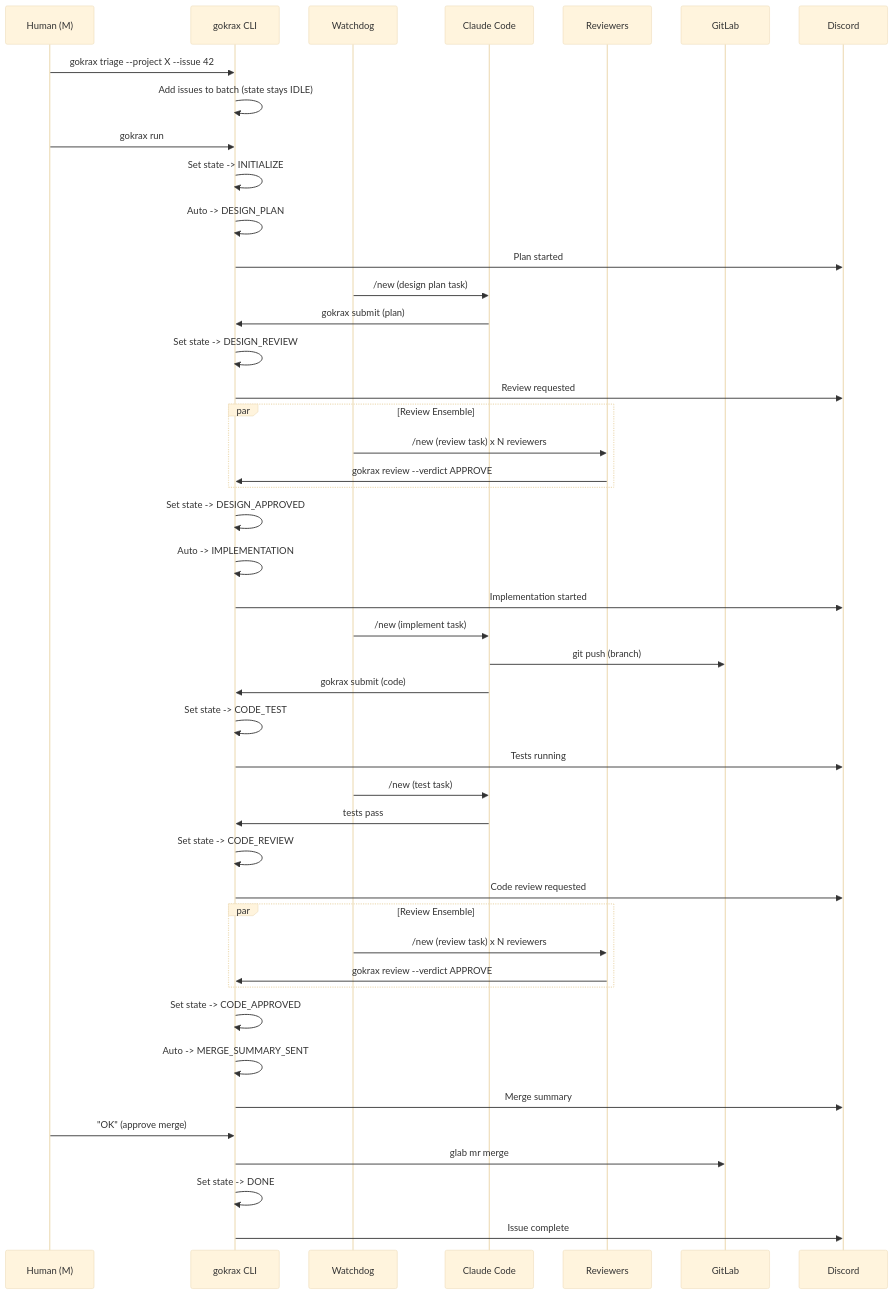
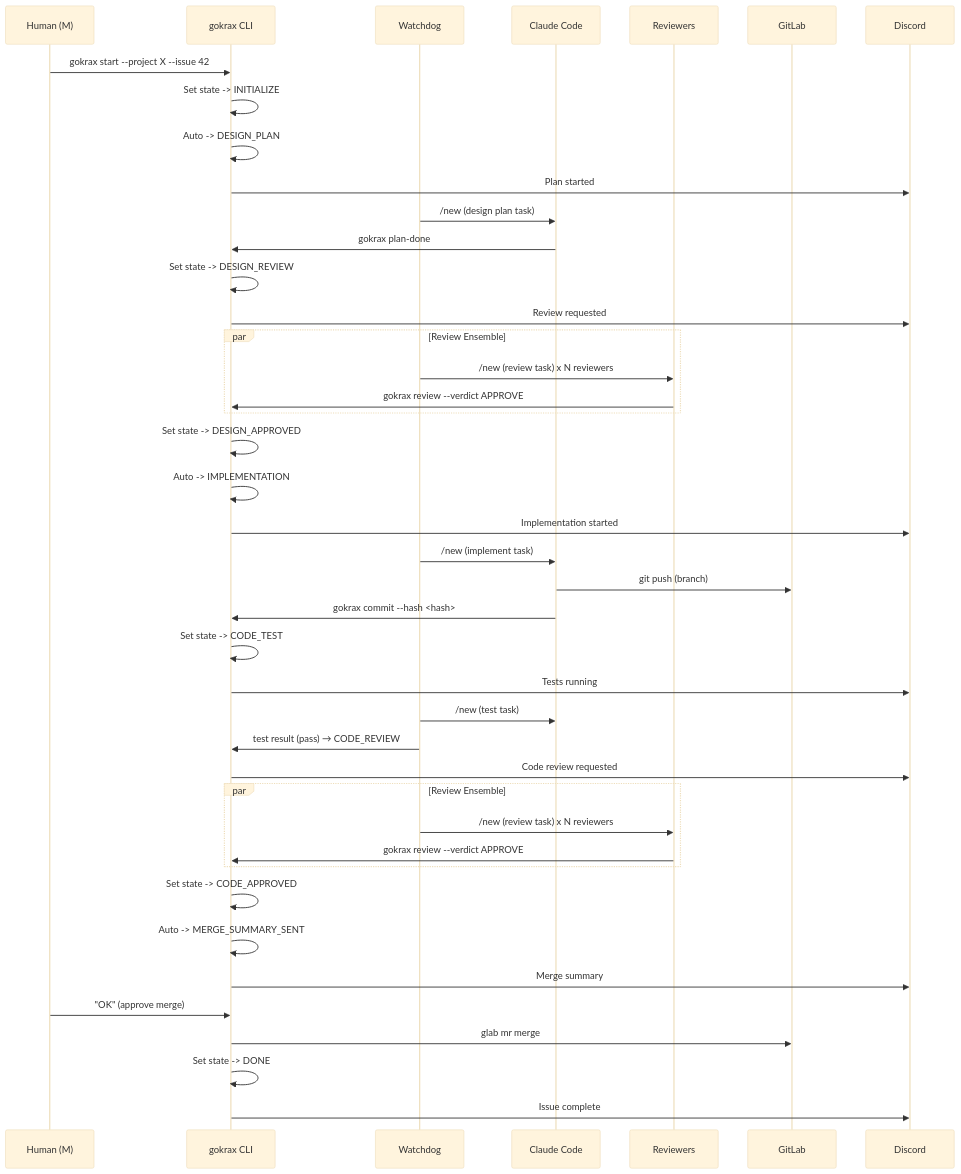
One commit to atakalive/gokrax changed the fifth of 6 diagrams in docs/architecture.md. Above: the diagram before and after it, drawn with Mermaid (base theme). The commit also changed other lines of this file, not shown here.

First line of the commit message:
docs: fix architecture.md inaccuracies + add spec mode section. Closes #159

````diff
--- a/docs/architecture.md
+++ b/docs/architecture.md
@@ -192,52 +192,49 @@
 ```mermaid
 sequenceDiagram
     participant M as Human (M)
     participant DB as gokrax CLI
     participant WD as Watchdog
     participant CC as Claude Code
     participant RV as Reviewers
     participant GL as GitLab
     participant DC as Discord
 
-    M->>DB: gokrax triage --project X --issue 42
-    DB->>DB: Add issues to batch (state stays IDLE)
-    M->>DB: gokrax run
+    M->>DB: gokrax start --project X --issue 42
     DB->>DB: Set state -> INITIALIZE
     DB->>DB: Auto -> DESIGN_PLAN
     DB->>DC: Plan started
     WD->>CC: /new (design plan task)
-    CC->>DB: gokrax submit (plan)
+    CC->>DB: gokrax plan-done
     DB->>DB: Set state -> DESIGN_REVIEW
     DB->>DC: Review requested
 
     par Review Ensemble
         WD->>RV: /new (review task) x N reviewers
         RV->>DB: gokrax review --verdict APPROVE
     end
 
     DB->>DB: Set state -> DESIGN_APPROVED
     DB->>DB: Auto -> IMPLEMENTATION
     DB->>DC: Implementation started
     WD->>CC: /new (implement task)
     CC->>GL: git push (branch)
-    CC->>DB: gokrax submit (code)
+    CC->>DB: gokrax commit --hash <hash>
     DB->>DB: Set state -> CODE_TEST
     DB->>DC: Tests running
     WD->>CC: /new (test task)
-    CC->>DB: tests pass
-    DB->>DB: Set state -> CODE_REVIEW
+    WD->>DB: test result (pass) → CODE_REVIEW
     DB->>DC: Code review requested
 
     par Review Ensemble
         WD->>RV: /new (review task) x N reviewers
         RV->>DB: gokrax review --verdict APPROVE
     end
 
     DB->>DB: Set state -> CODE_APPROVED
     DB->>DB: Auto -> MERGE_SUMMARY_SENT
     DB->>DC: Merge summary
     M->>DB: "OK" (approve merge)
     DB->>GL: glab mr merge
     DB->>DB: Set state -> DONE
     DB->>DC: Issue complete
 ```
````
